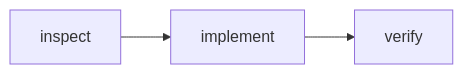
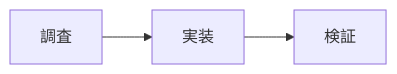
One commit to Shuyawa89/ai-herness changed the diagram in skills/planning/SKILL.md. Above: the diagram before and after it, drawn with Mermaid. The commit also changed other lines of this file and 14 other files, not shown here.

````diff
--- a/skills/planning/SKILL.md
+++ b/skills/planning/SKILL.md
@@ -12,5 +28,5 @@
 ```mermaid
 flowchart LR
-  a[inspect] --> b[implement]
-  b --> c[verify]
+  a[調査] --> b[実装]
+  b --> c[検証]
 ```
````
